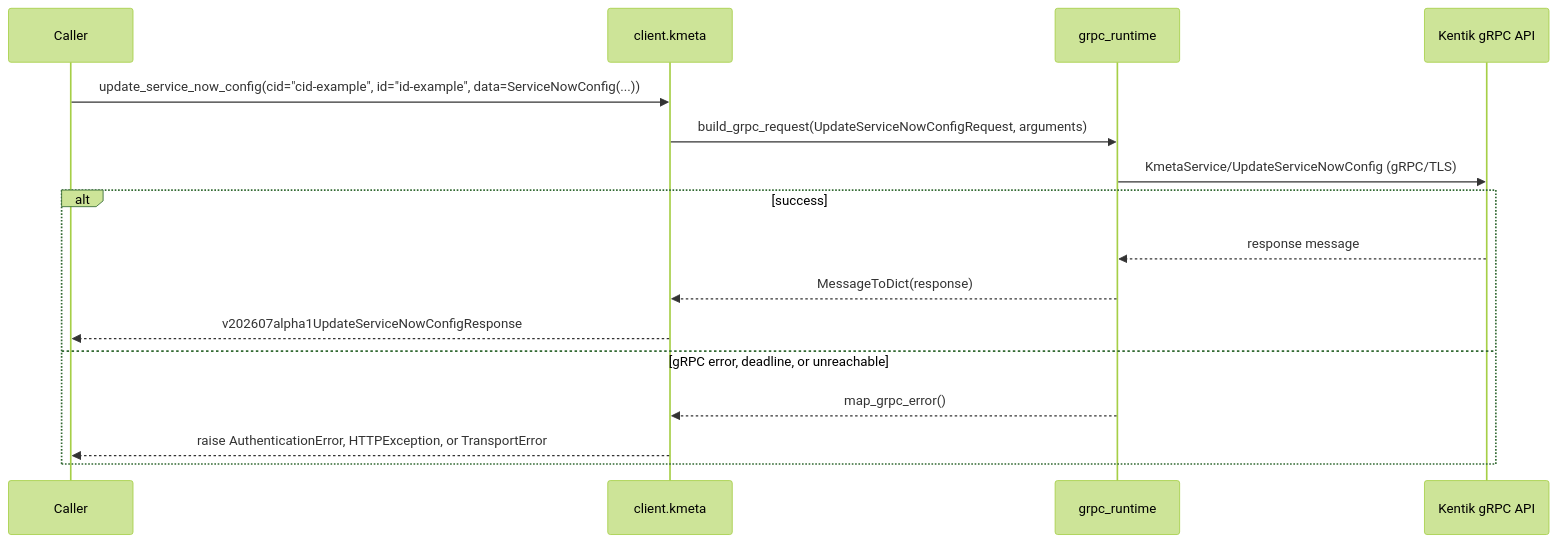
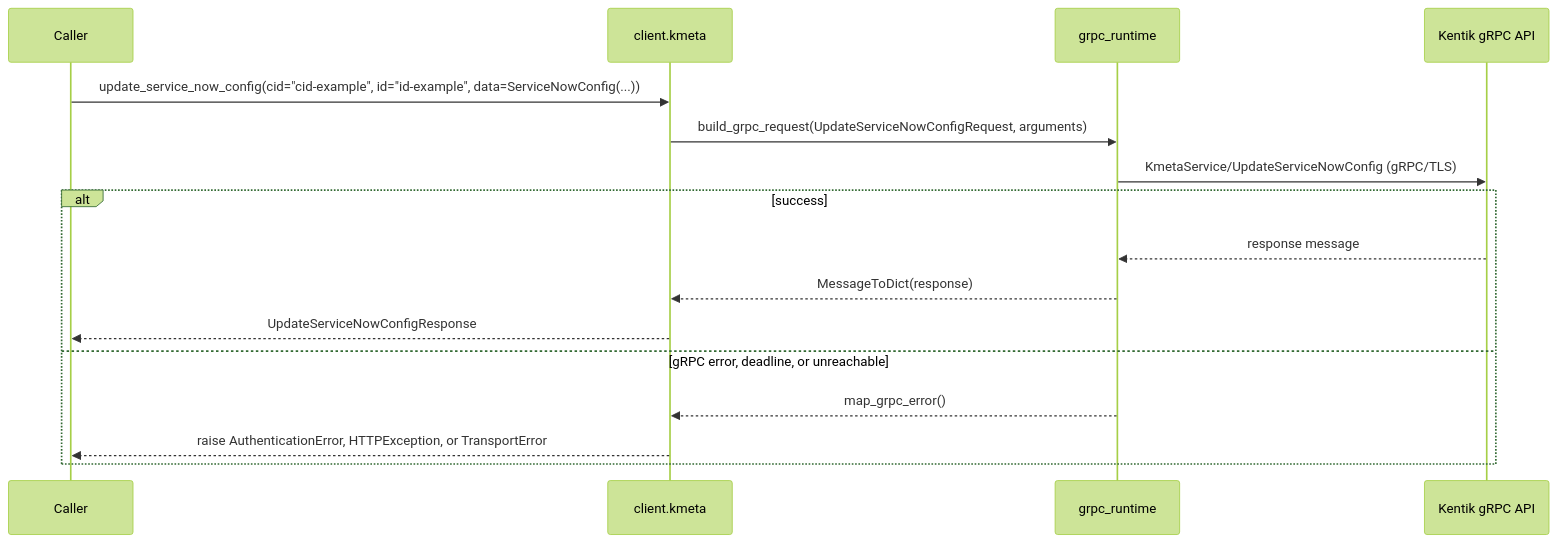
Before and after one commit to alexdearaujo/community_sdk_python: the ninth of 12 diagrams in docs/sphinx/services/kmeta.md, drawn with Mermaid (forest theme). The commit also changed other lines of this file and 38 other files, not shown here.

````diff
--- a/docs/sphinx/services/kmeta.md
+++ b/docs/sphinx/services/kmeta.md
@@ -291,19 +291,19 @@
 ```mermaid
 sequenceDiagram
     participant C as Caller
     participant W as client.kmeta
     participant R as grpc_runtime
     participant API as Kentik gRPC API
 
     C->>W: update_service_now_config(cid="cid-example", id="id-example", data=ServiceNowConfig(...))
     W->>R: build_grpc_request(UpdateServiceNowConfigRequest, arguments)
     R->>API: KmetaService/UpdateServiceNowConfig (gRPC/TLS)
     alt success
         API-->>R: response message
         R-->>W: MessageToDict(response)
-        W-->>C: v202607alpha1UpdateServiceNowConfigResponse
+        W-->>C: UpdateServiceNowConfigResponse
     else gRPC error, deadline, or unreachable
         R-->>W: map_grpc_error()
         W-->>C: raise AuthenticationError, HTTPException, or TransportError
     end
 ```
````
